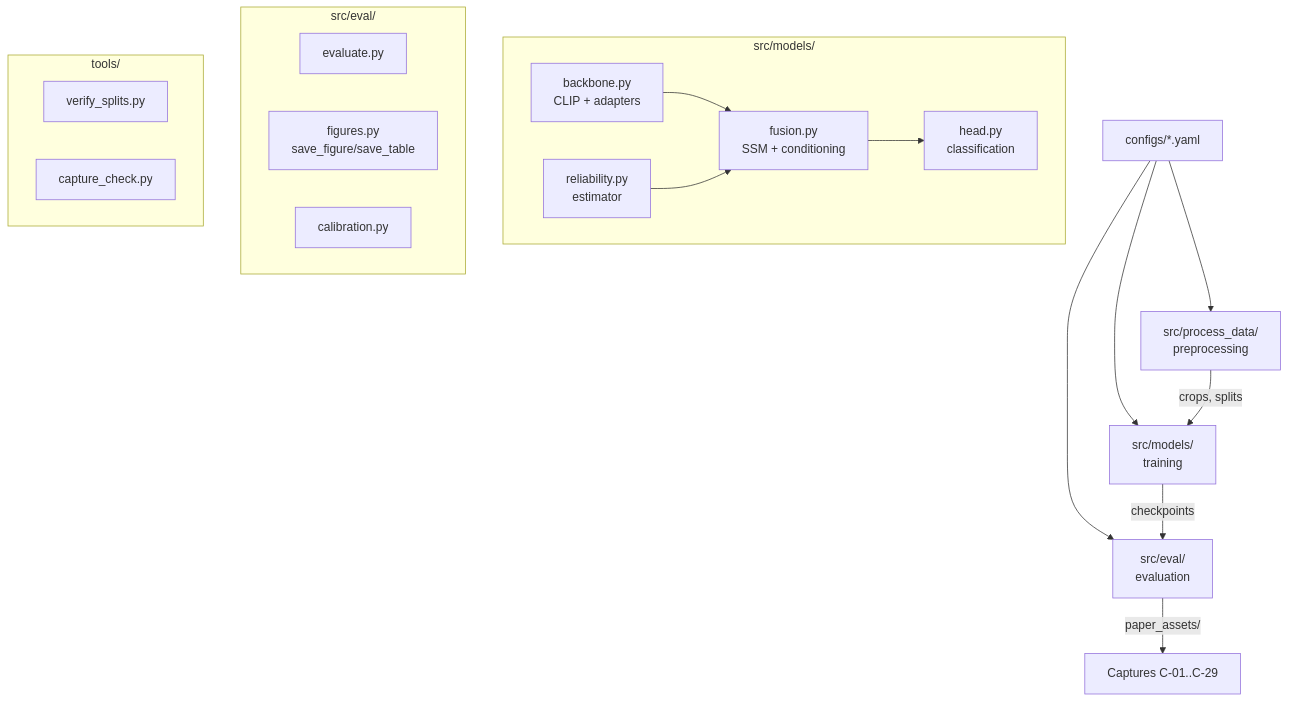
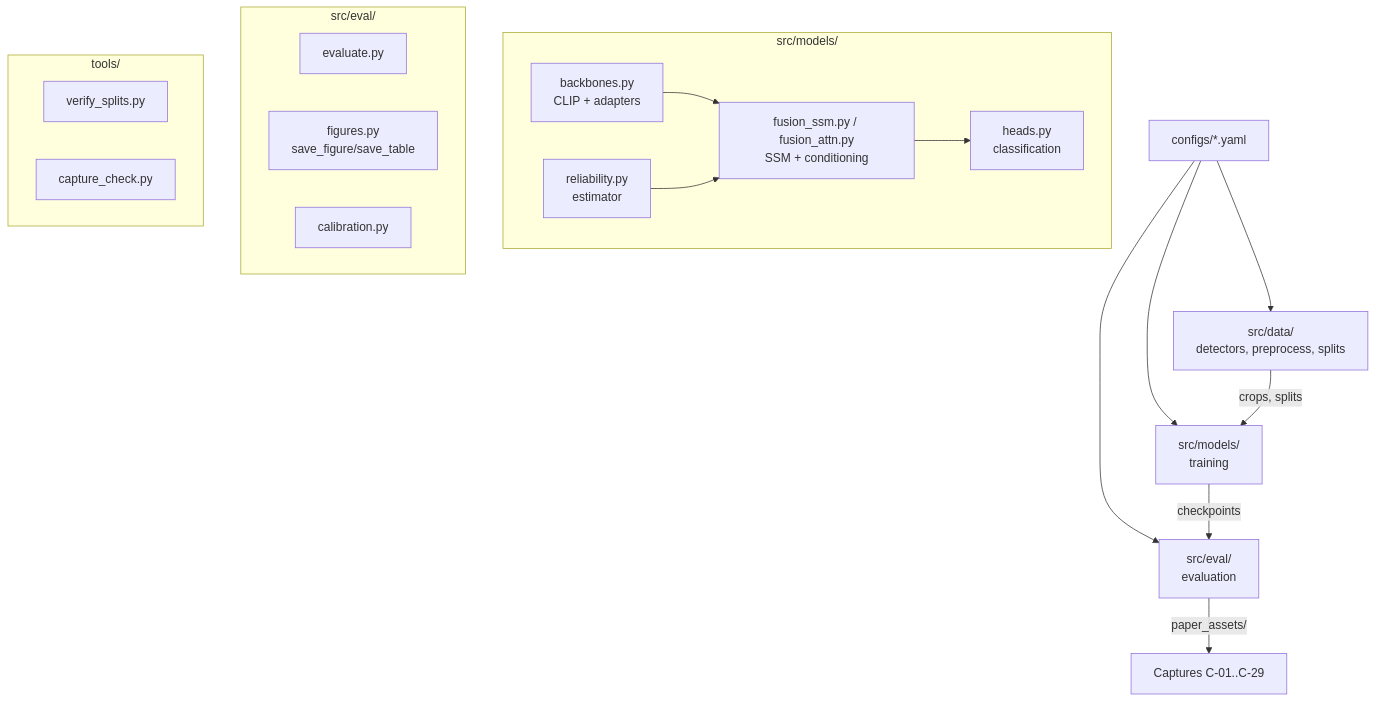
One commit to Lokeshm25/DeepFake_Detection_SIC changed the fifth of 5 diagrams in docs/ARCHITECTURE.md. Above: the diagram before and after it, drawn with Mermaid. The commit also changed other lines of this file and 19 other files, not shown here.

````diff
--- a/docs/ARCHITECTURE.md
+++ b/docs/ARCHITECTURE.md
@@ -158,32 +160,32 @@
 ```mermaid
 graph TD
-    CFG["configs/*.yaml"] --> PP["src/process_data/<br/>preprocessing"]
+    CFG["configs/*.yaml"] --> PP["src/data/<br/>detectors, preprocess, splits"]
     CFG --> TR["src/models/<br/>training"]
     CFG --> EV["src/eval/<br/>evaluation"]
 
     PP --> |"crops, splits"| TR
     TR --> |"checkpoints"| EV
     EV --> |"paper_assets/"| PA["Captures C-01..C-29"]
 
     subgraph "src/models/"
-        BB["backbone.py<br/>CLIP + adapters"]
+        BB["backbones.py<br/>CLIP + adapters"]
         RE["reliability.py<br/>estimator"]
-        FU["fusion.py<br/>SSM + conditioning"]
-        HD["head.py<br/>classification"]
+        FU["fusion_ssm.py / fusion_attn.py<br/>SSM + conditioning"]
+        HD["heads.py<br/>classification"]
     end
 
     BB --> FU
     RE --> FU
     FU --> HD
 
     subgraph "src/eval/"
         EVM["evaluate.py"]
         FIG["figures.py<br/>save_figure/save_table"]
         CAL["calibration.py"]
     end
 
     subgraph "tools/"
         VS["verify_splits.py"]
         CC["capture_check.py"]
     end
 ```
````
